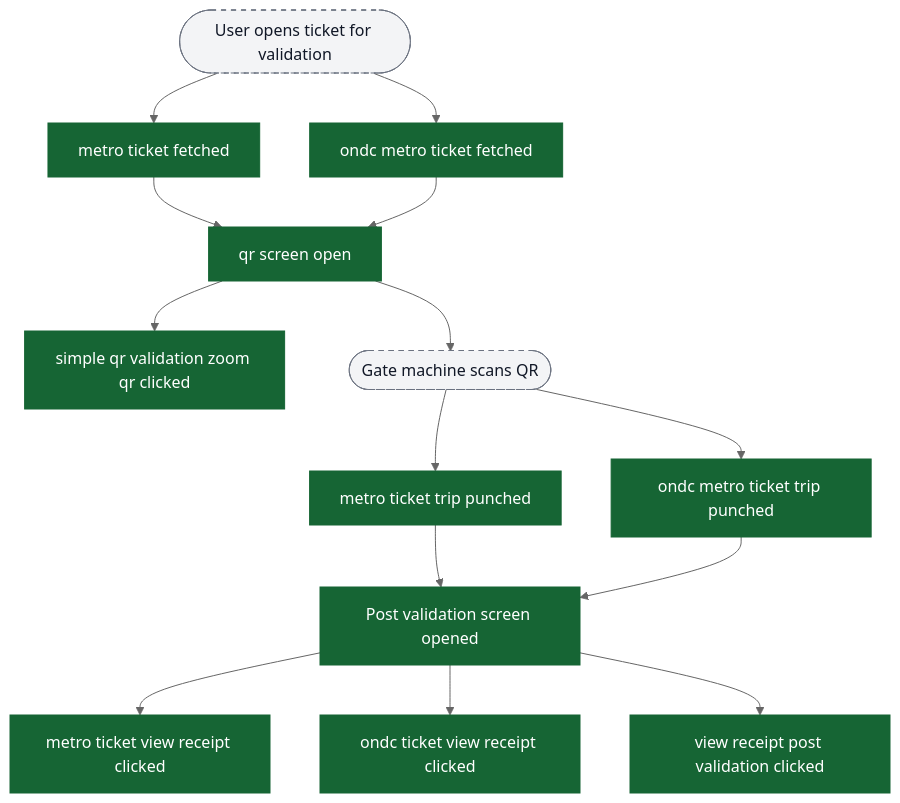
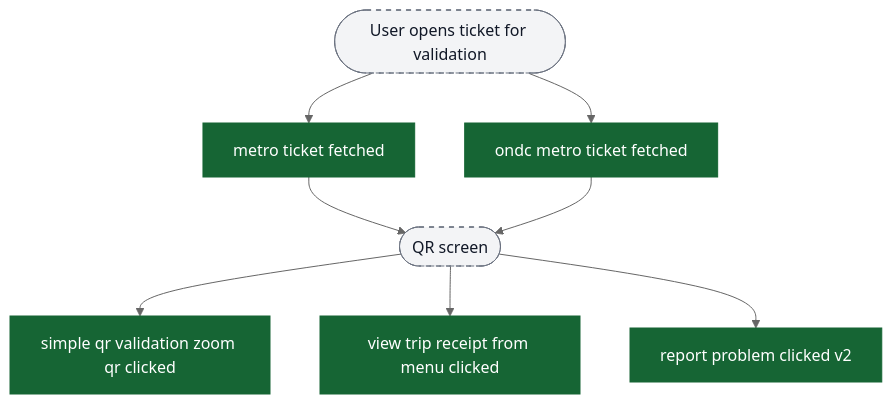
One commit to ratulsarna/chalo-app-dashboard changed the sixth of 8 diagrams in content/analytics/metro/flow-diagrams.md. Above: the diagram before and after it, drawn with Mermaid (neutral theme). The commit also changed other lines of this file and 2 other files, not shown here.

Commit message:
feat(analytics): update metro flow diagrams and event properties for ONDC route search and ticket validation

````diff
--- a/content/analytics/metro/flow-diagrams.md
+++ b/content/analytics/metro/flow-diagrams.md
@@ -140,27 +158,18 @@
 ```mermaid
 flowchart TD
   ui_openTicket([User opens ticket for validation]) --> ev_ticketFetched["metro ticket fetched"]
   ui_openTicket --> ev_ondcTicketFetched["ondc metro ticket fetched"]
 
-  ev_ticketFetched --> ev_qrOpen["qr screen open"]
-  ev_ondcTicketFetched --> ev_qrOpen
+  ev_ticketFetched --> ui_qr([QR screen])
+  ev_ondcTicketFetched --> ui_qr
 
-  ev_qrOpen --> ev_qrZoom["simple qr validation zoom qr clicked"]
-  ev_qrOpen --> ui_gateScan([Gate machine scans QR])
-
-  ui_gateScan --> ev_tripPunched["metro ticket trip punched"]
-  ui_gateScan --> ev_ondcTripPunched["ondc metro ticket trip punched"]
-
-  ev_tripPunched --> ev_postValidation["Post validation screen opened"]
-  ev_ondcTripPunched --> ev_postValidation
-
-  ev_postValidation --> ev_viewReceipt["metro ticket view receipt clicked"]
-  ev_postValidation --> ev_ondcViewReceipt["ondc ticket view receipt clicked"]
-  ev_postValidation --> ev_viewReceiptPostValidation["view receipt post validation clicked"]
+  ui_qr --> ev_qrZoom["simple qr validation zoom qr clicked"]
+  ui_qr --> ev_viewReceiptMenu["view trip receipt from menu clicked"]
+  ui_qr --> ev_reportProblem["report problem clicked v2"]
 
   classDef event fill:#166534,stroke:#166534,color:#ffffff;
   classDef ui fill:#f3f4f6,stroke:#6b7280,stroke-dasharray: 5 5,color:#111827;
 
-  class ev_ticketFetched,ev_ondcTicketFetched,ev_qrOpen,ev_qrZoom,ev_tripPunched,ev_ondcTripPunched,ev_postValidation,ev_viewReceipt,ev_ondcViewReceipt,ev_viewReceiptPostValidation event;
-  class ui_openTicket,ui_gateScan ui;
+  class ev_ticketFetched,ev_ondcTicketFetched,ev_qrZoom,ev_viewReceiptMenu,ev_reportProblem event;
+  class ui_openTicket,ui_qr ui;
 ```
````
